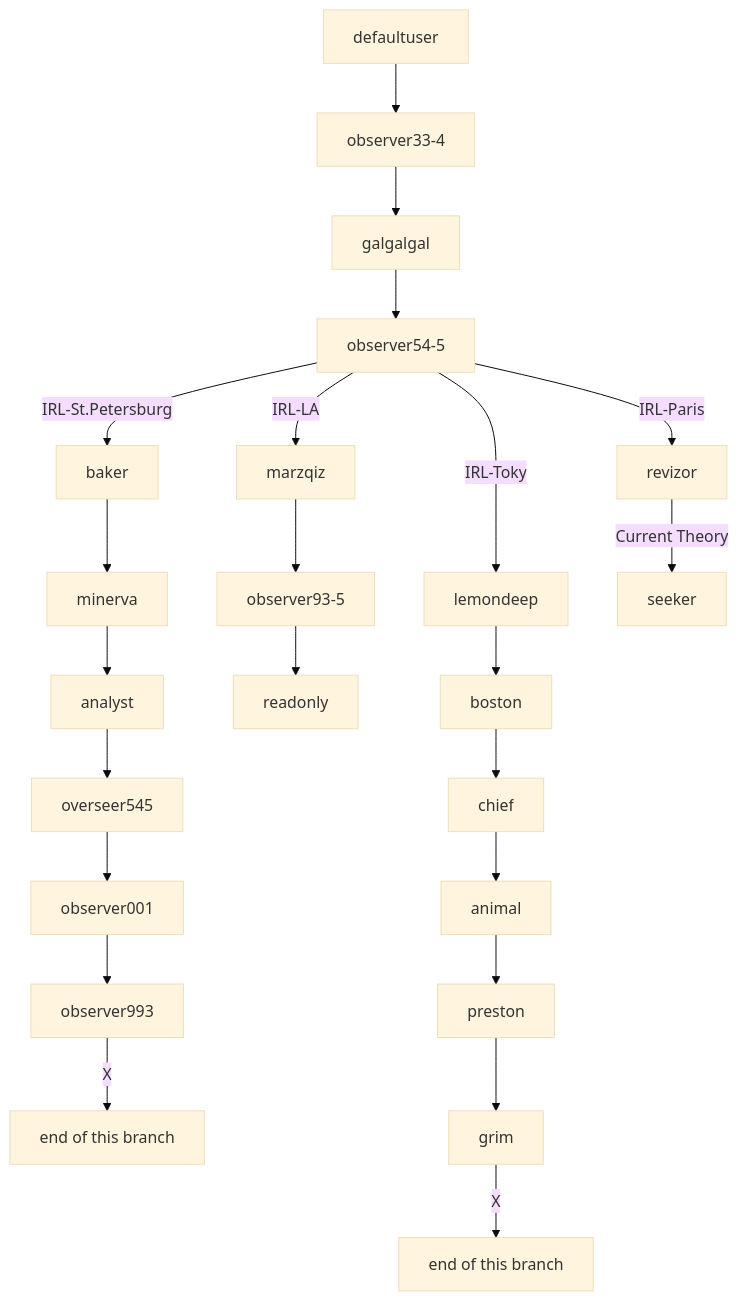
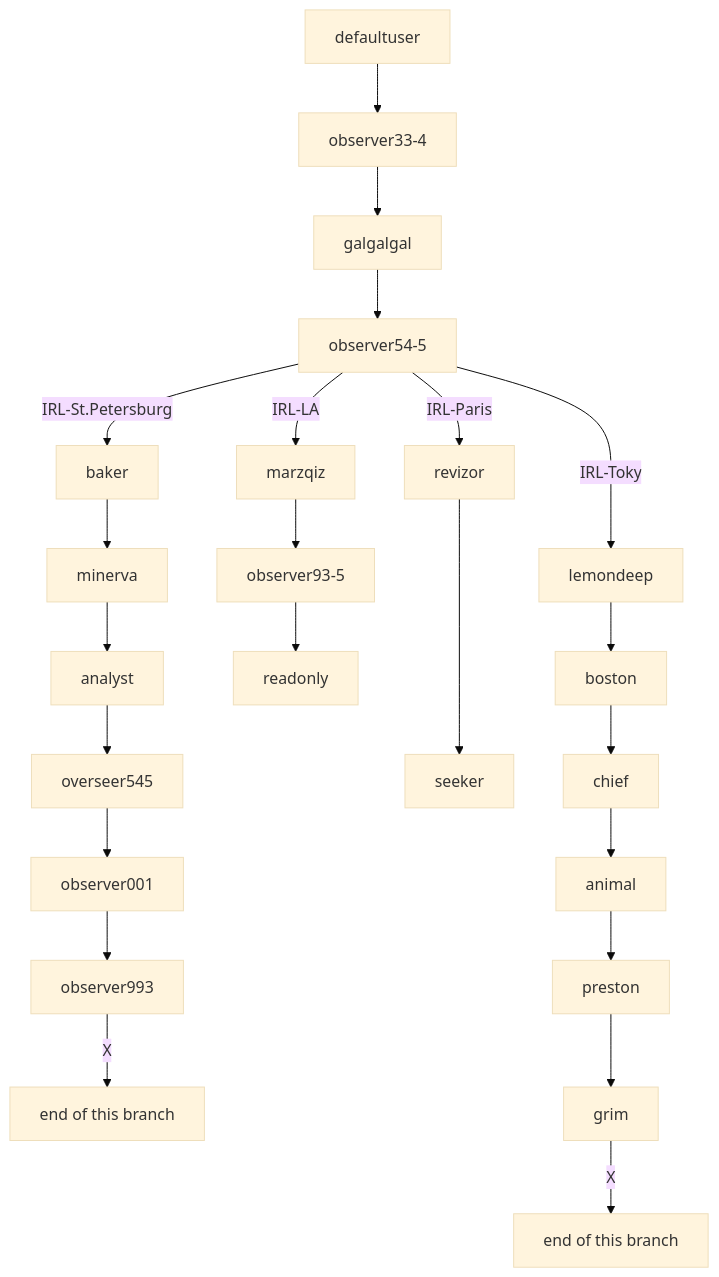
The diagram in README.md (Philsie/ARRS-documentation), drawn with Mermaid (base theme) before and after one commit. The commit also changed other lines of this file, not shown here.

````diff
--- a/README.md
+++ b/README.md
@@ -32,25 +33,25 @@
 ```mermaid
 graph TD;
     defaultuser-->observer33-4;
     observer33-4-->galgalgal;
     galgalgal-->observer54-5;
     observer54-5--IRL-Paris-->revizor;
     observer54-5--IRL-LA-->marzqiz;
     observer54-5--IRL-St.Petersburg-->baker;
     observer54-5--IRL-Tokyo-->lemondeep;
     baker-->minerva;
     minerva-->analyst;
     analyst-->overseer545;
     overseer545-->observer001;
     observer001-->observer993;
     observer993--X-->russiaEnd["end of this branch"];
     marzqiz-->observer93-5;
     observer93-5-->readonly;
-    revizor--Current Theory-->seeker;
+    revizor---->seeker;
     lemondeep-->boston;
     boston-->chief;
     chief-->animal;
     animal-->preston;
     preston-->grim;
     grim--X-->japanEnd["end of this branch"];
 ```
````
